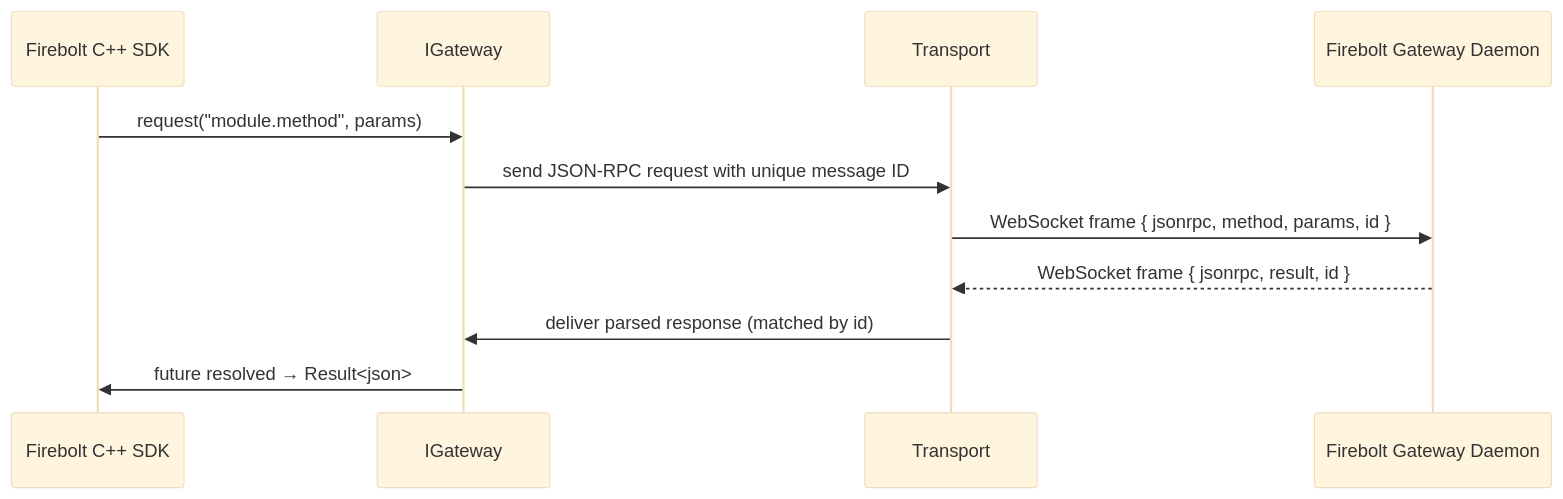
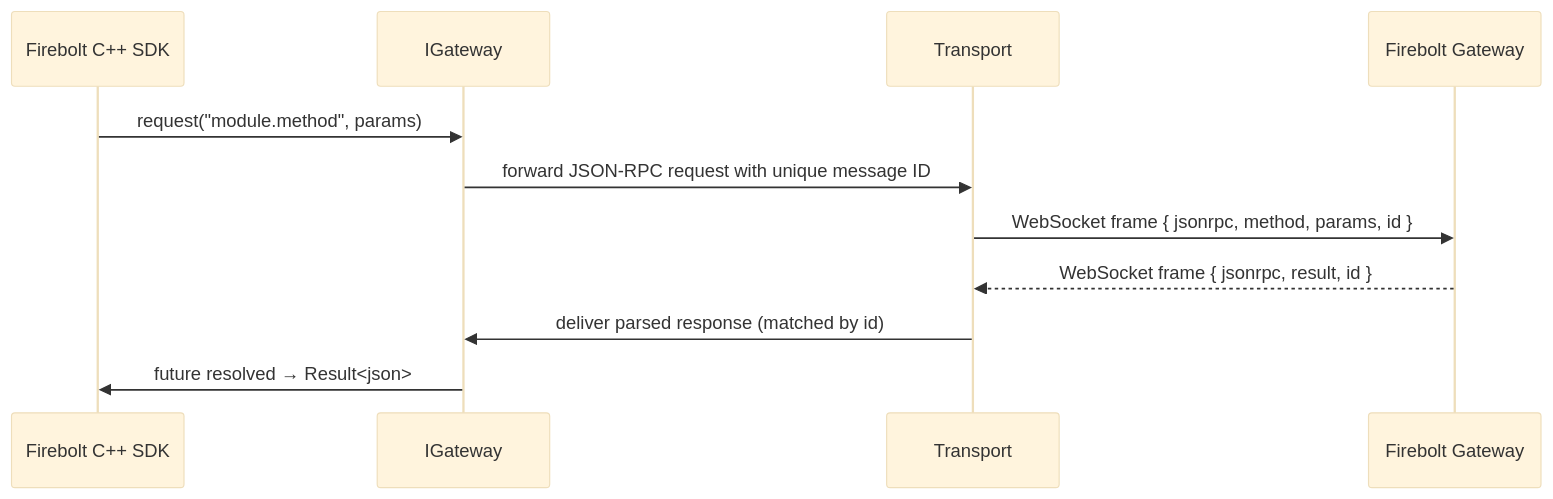
Before and after one commit to rdkcentral/firebolt-cpp-transport: the sixth of 7 diagrams in docs/README.md, drawn with Mermaid (base theme). The commit also changed other lines of this file, not shown here.

````diff
--- a/docs/README.md
+++ b/docs/README.md
@@ -259,14 +250,14 @@
 ```mermaid
 sequenceDiagram
     participant SDK as Firebolt C++ SDK
     participant IGW as IGateway
     participant TP as Transport
-    participant FGW as Firebolt Gateway Daemon
+    participant FGW as Firebolt Gateway
 
     SDK->>IGW: request("module.method", params)
-    IGW->>TP: send JSON-RPC request with unique message ID
+    IGW->>TP: forward JSON-RPC request with unique message ID
     TP->>FGW: WebSocket frame { jsonrpc, method, params, id }
     FGW-->>TP: WebSocket frame { jsonrpc, result, id }
     TP->>IGW: deliver parsed response (matched by id)
     IGW->>SDK: future resolved → Result<json>
 ```
````
